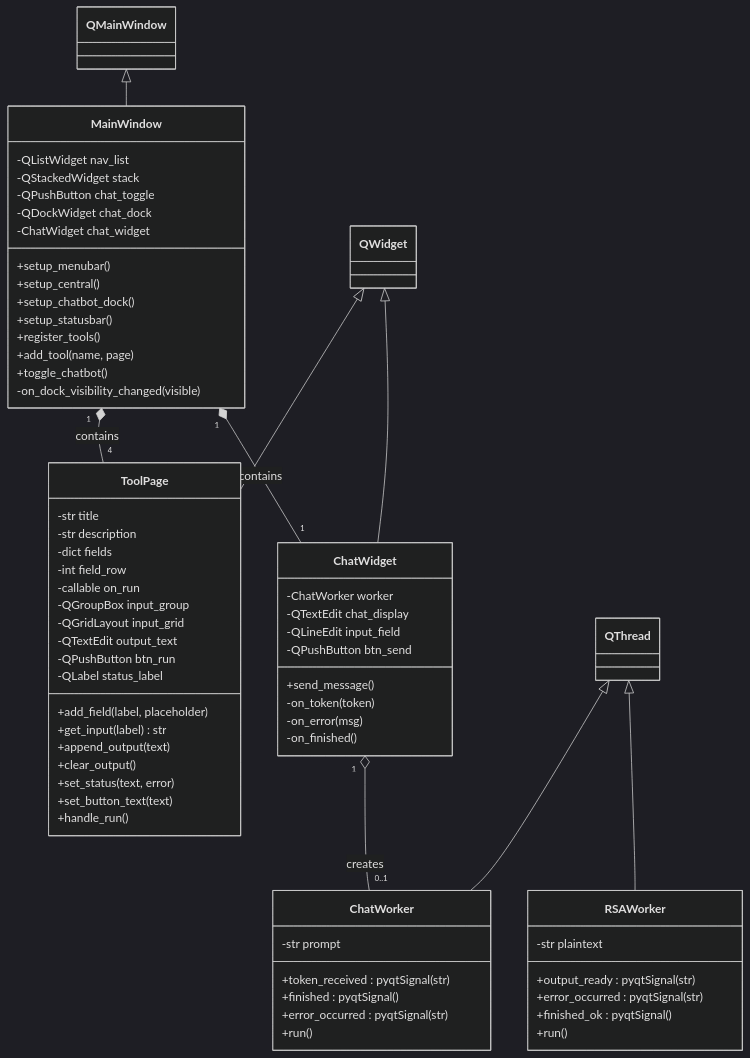
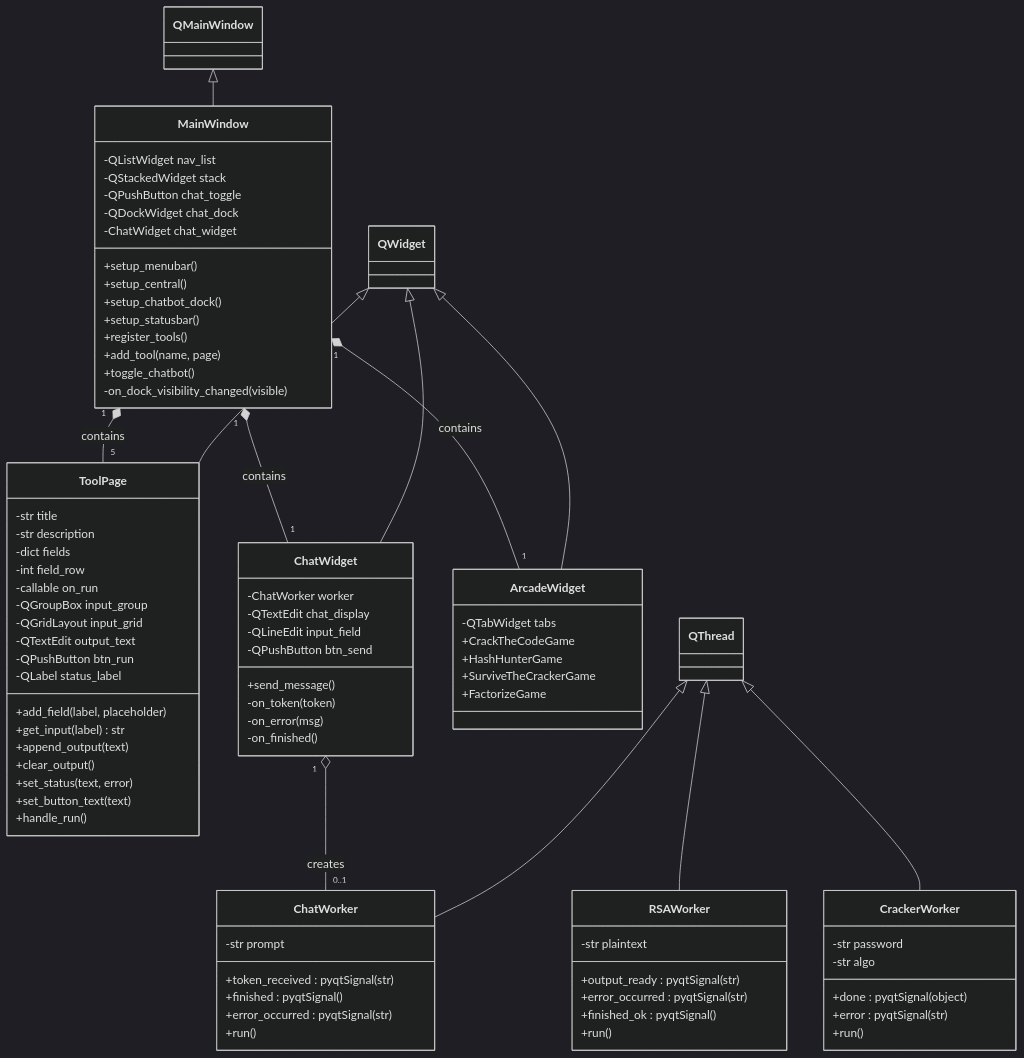
The first of 6 diagrams in src/frontend/README.md (Mr-Robotiko/Gilfi), drawn with Mermaid (dark theme) before and after one commit. The commit also changed other lines of this file, not shown here.

````diff
--- a/src/frontend/README.md
+++ b/src/frontend/README.md
@@ -164,13 +192,32 @@
         +run()
     }
 
+    class CrackerWorker {
+        -str password
+        -str algo
+        +done : pyqtSignal(object)
+        +error : pyqtSignal(str)
+        +run()
+    }
+
+    class ArcadeWidget {
+        -QTabWidget tabs
+        +CrackTheCodeGame
+        +HashHunterGame
+        +SurviveTheCrackerGame
+        +FactorizeGame
+    }
+
     QMainWindow <|-- MainWindow
     QWidget <|-- ToolPage
     QWidget <|-- ChatWidget
+    QWidget <|-- ArcadeWidget
     QThread <|-- ChatWorker
     QThread <|-- RSAWorker
+    QThread <|-- CrackerWorker
 
-    MainWindow "1" *-- "4" ToolPage : contains
+    MainWindow "1" *-- "5" ToolPage : contains
+    MainWindow "1" *-- "1" ArcadeWidget : contains
     MainWindow "1" *-- "1" ChatWidget : contains
     ChatWidget "1" o-- "0..1" ChatWorker : creates
 ```
````
